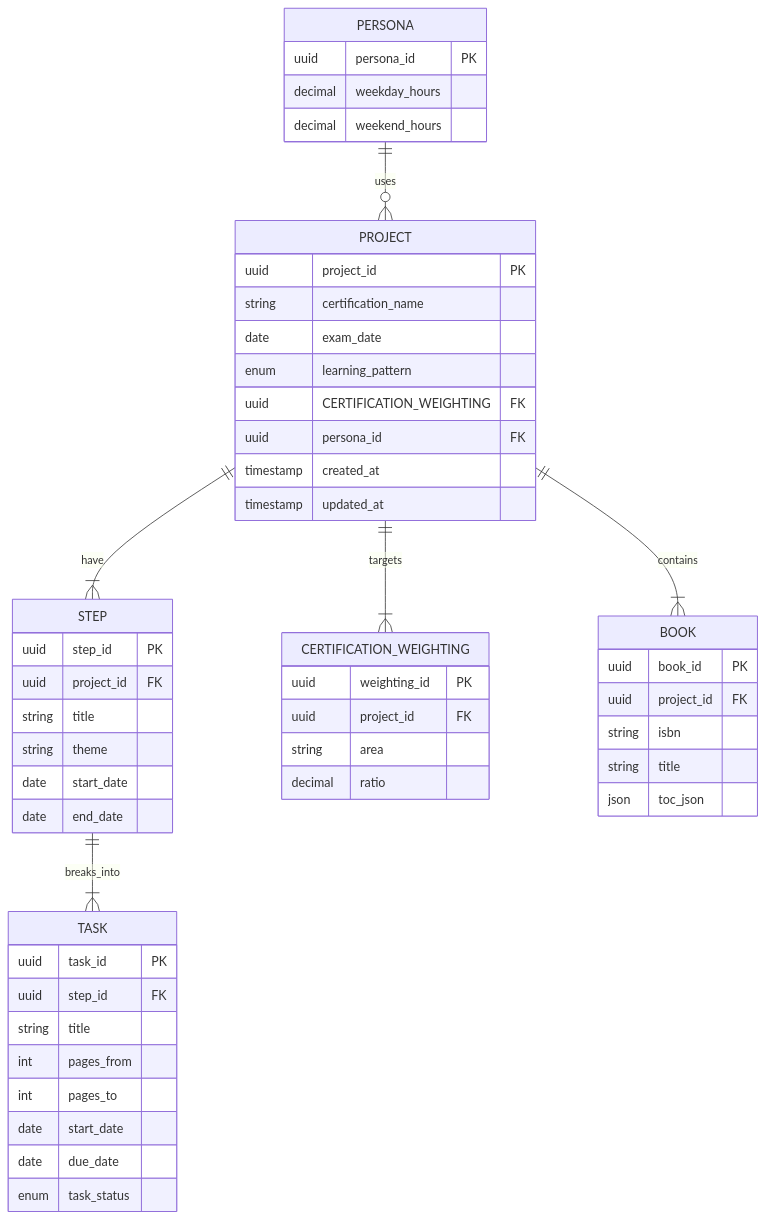
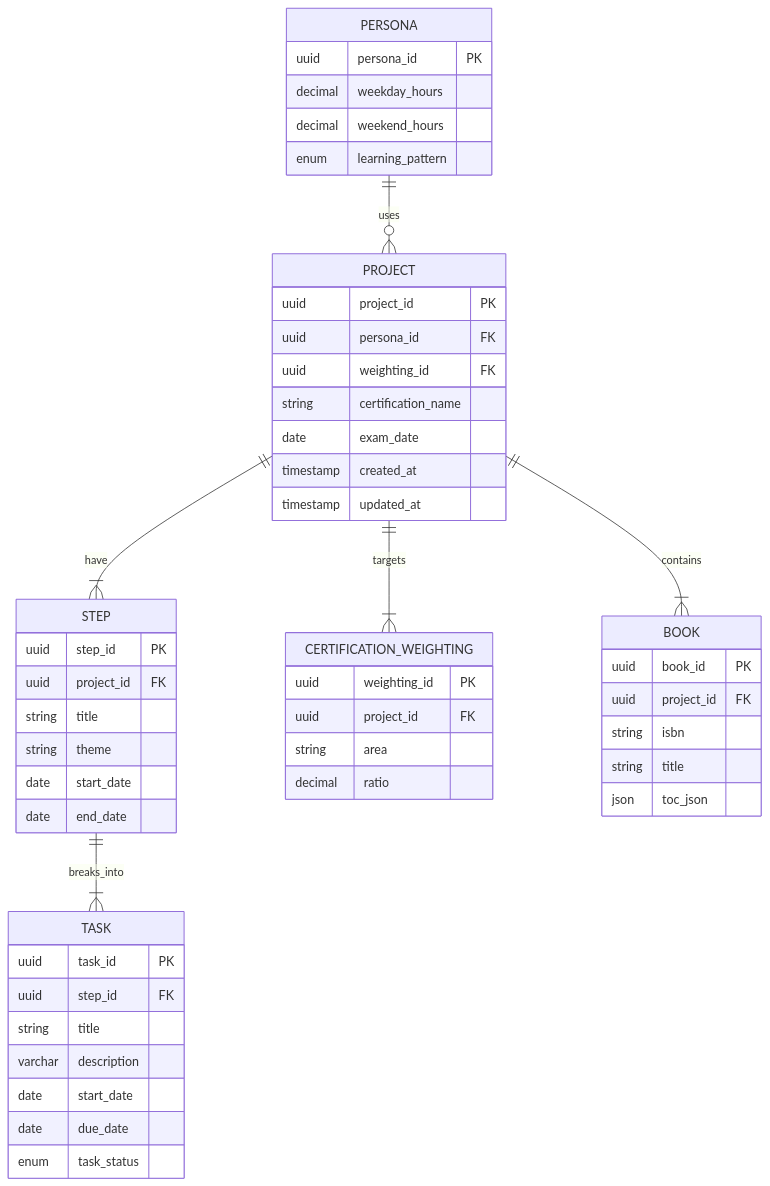
Before and after one commit to study-basic-hackathon/lazy-bear: the diagram in docs/設計/erDiagram.md, drawn with Mermaid.

Commit message:
3つのテーブルのカラムで修正を行った

````diff
--- a/docs/設計/erDiagram.md
+++ b/docs/設計/erDiagram.md
@@ -3,63 +3,62 @@
 ```mermaid
 erDiagram
   PROJECT ||--|{ STEP : have
   STEP ||--|{ TASK : breaks_into
 
   PERSONA ||--o{ PROJECT : uses
   PROJECT ||--|{ CERTIFICATION_WEIGHTING : targets
   PROJECT ||--|{ BOOK : contains
 
   PROJECT {
     uuid project_id PK
+    uuid persona_id FK
+    uuid weighting_id FK
     string certification_name
     date exam_date
-    enum learning_pattern
     %% "インプット先行パターン|アウトプット先行パターン（2レコード想定）"
-    uuid CERTIFICATION_WEIGHTING FK
-    uuid persona_id FK
     timestamp created_at
     timestamp updated_at
   }
 
   STEP {
     uuid step_id PK
     uuid project_id FK
     string title
     string theme
     date start_date
     date end_date
   }
 
   TASK {
     uuid task_id PK
     uuid step_id FK
     string title
-    int    pages_from
-    int    pages_to
+    varchar description
     date   start_date
     date   due_date
     enum   task_status
     %% "undo|doing|done|blocked（4レコード想定）"
   }
 
   PERSONA {
     uuid persona_id PK
     decimal weekday_hours
     decimal weekend_hours
+    enum learning_pattern
   }
 
   BOOK {
     uuid book_id PK
     uuid project_id FK
     string isbn
     string title
     json   toc_json
   }
 
   CERTIFICATION_WEIGHTING {
     uuid weighting_id PK
     uuid project_id FK
     string area
     decimal ratio
   }
 ```
````
